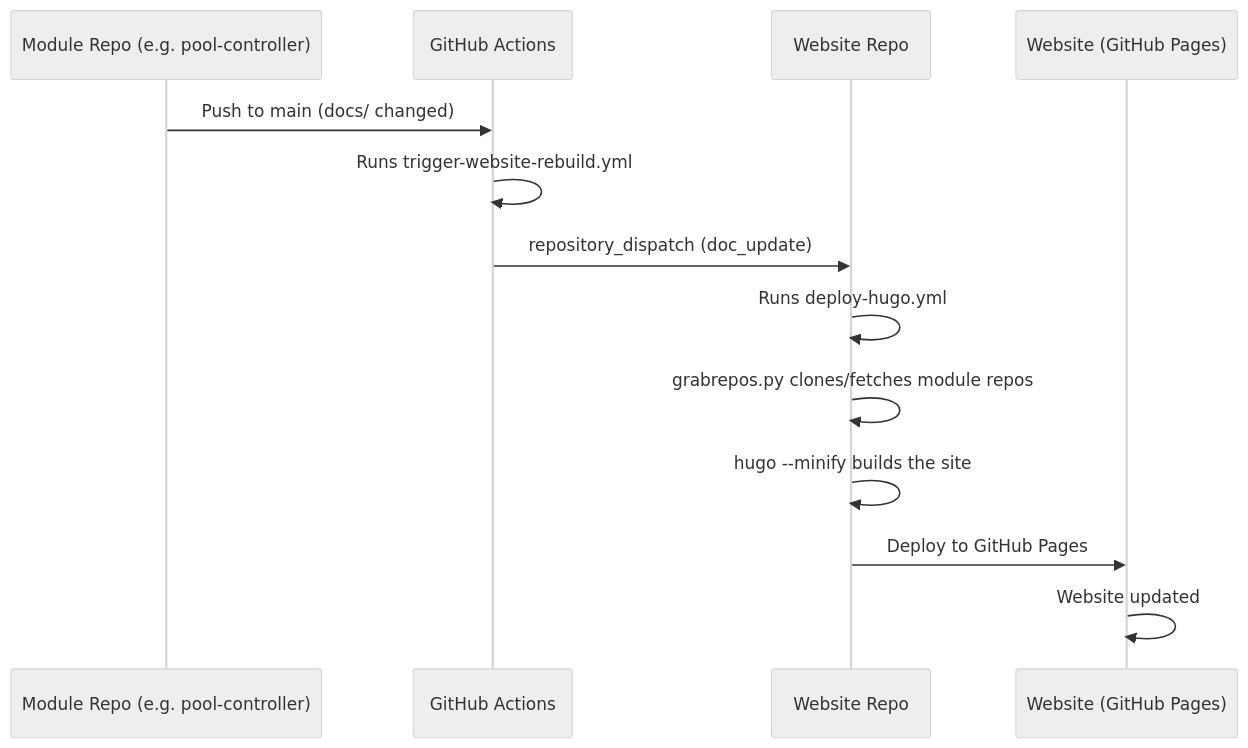
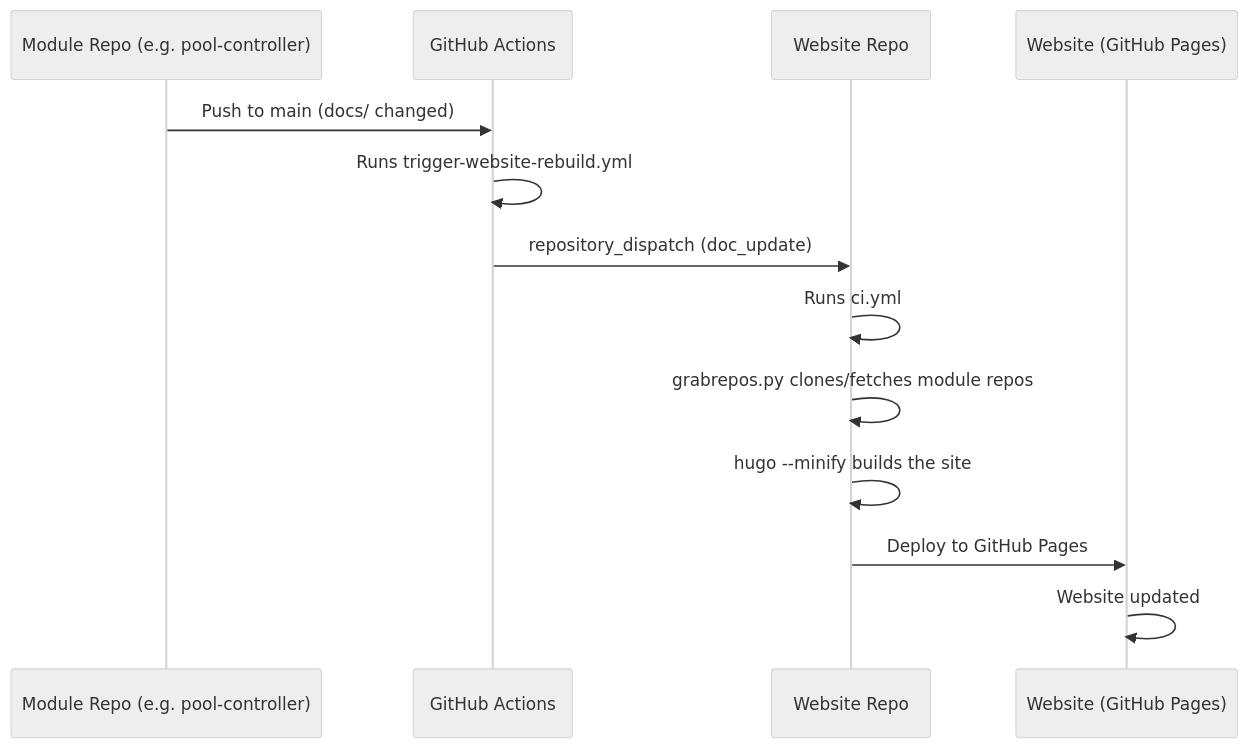
Before and after one commit to smart-swimmingpool/website: the diagram in docs/trigger-website-rebuild.md, drawn with Mermaid (neutral theme). The commit also changed 7 other files, not shown here.

````diff
--- a/docs/trigger-website-rebuild.md
+++ b/docs/trigger-website-rebuild.md
@@ -69,16 +69,16 @@
 ```mermaid
 sequenceDiagram
     participant M as Module Repo (e.g. pool-controller)
     participant G as GitHub Actions
     participant W as Website Repo
     participant S as Website (GitHub Pages)
 
     M->>G: Push to main (docs/ changed)
     G->>G: Runs trigger-website-rebuild.yml
     G->>W: repository_dispatch (doc_update)
-    W->>W: Runs deploy-hugo.yml
+    W->>W: Runs ci.yml
     W->>W: grabrepos.py clones/fetches module repos
     W->>W: hugo --minify builds the site
     W->>S: Deploy to GitHub Pages
     S->>S: Website updated
 ```
````
